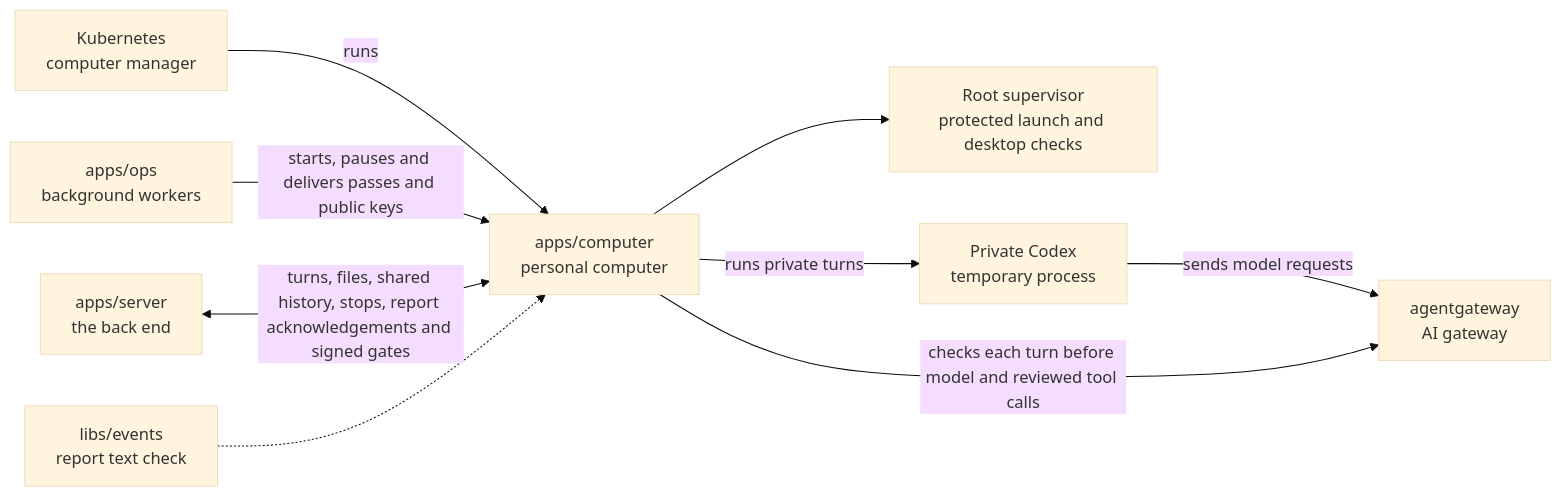
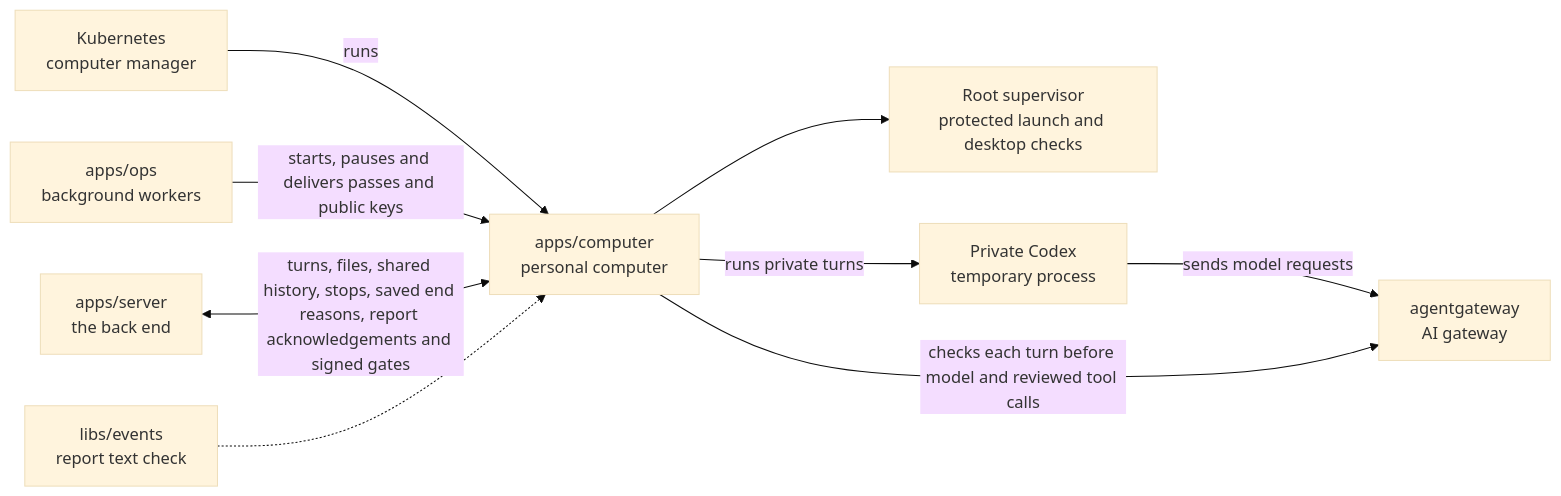
The diagram in apps/computer/README.md (elewa-git/opencrane-new), drawn with Mermaid (base theme) before and after one commit. The commit also changed other lines of this file and 13 other files, not shown here.

Commit message:
🐛 Preserve real failures after Stop with distinct saved end reasons

````diff
--- a/apps/computer/README.md
+++ b/apps/computer/README.md
@@ -22,11 +22,11 @@
 ```mermaid
 flowchart LR
   kube["Kubernetes<br/>computer manager"] -->|runs| computer["apps/computer<br/>personal computer"]
   ops["apps/ops<br/>background workers"] -->|starts, pauses and delivers passes and public keys| computer
-  server["apps/server<br/>the back end"] <-->|turns, files, shared history, stops, report acknowledgements and signed gates| computer
+  server["apps/server<br/>the back end"] <-->|turns, files, shared history, stops, saved end reasons, report acknowledgements and signed gates| computer
   events["libs/events<br/>report text check"] -.-> computer
   computer --> supervisor["Root supervisor<br/>protected launch and desktop checks"]
   computer -->|runs private turns| private["Private Codex<br/>temporary process"]
   private -->|sends model requests| gateway
   computer -->|checks each turn before model and reviewed tool calls| gateway["agentgateway<br/>AI gateway"]
 ```
````
